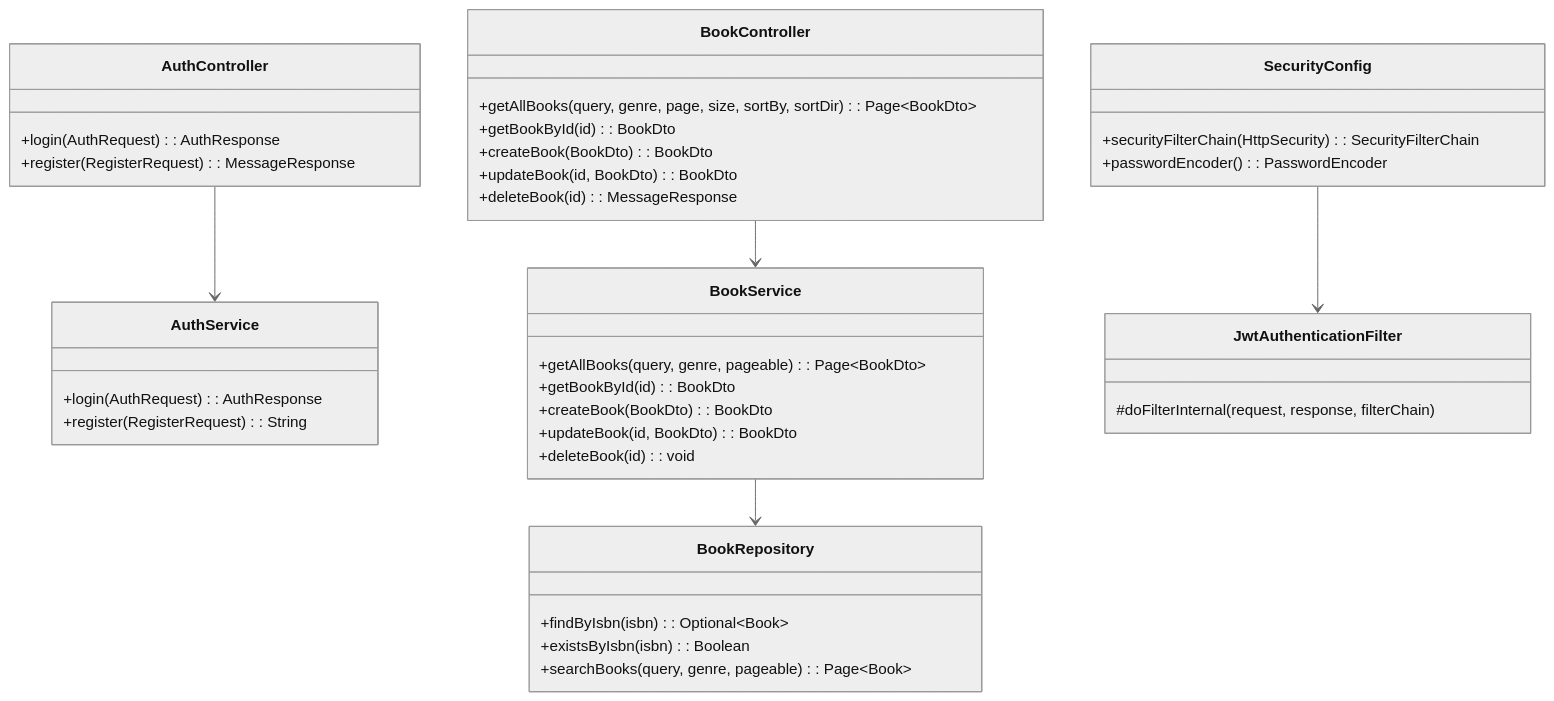
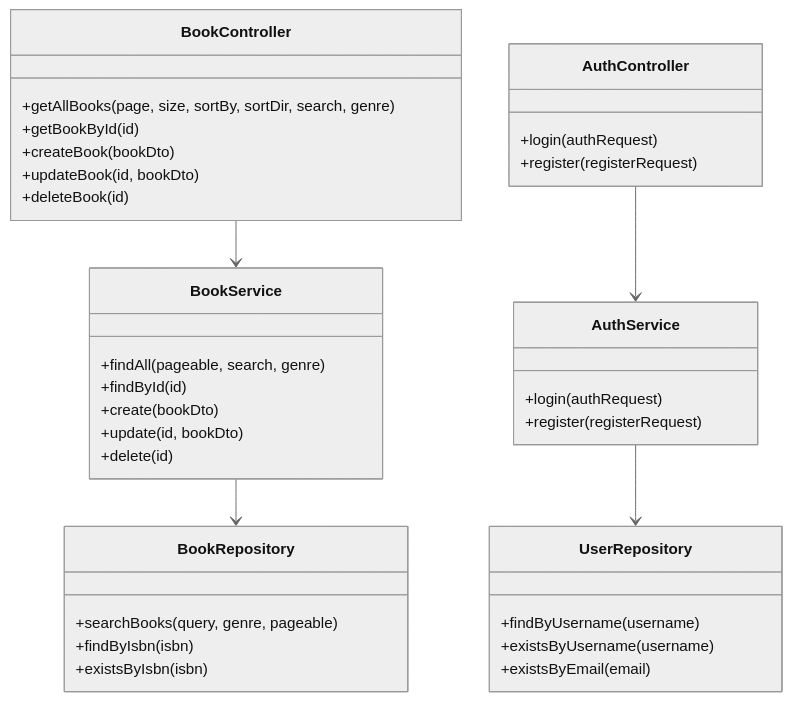
Before and after one commit to syskantechnosoft/bookstore: the third of 5 diagrams in README.md, drawn with Mermaid (neutral theme). The commit also changed other lines of this file, not shown here.

Commit message:
Add Swagger UI testing guide with sample request JSON payloads to README.md

````diff
--- a/README.md
+++ b/README.md
@@ -127,48 +127,45 @@
 ```mermaid
 classDiagram
-    class AuthController {
-        +login(AuthRequest): AuthResponse
-        +register(RegisterRequest): MessageResponse
+    class BookController {
+        +getAllBooks(page, size, sortBy, sortDir, search, genre)
+        +getBookById(id)
+        +createBook(bookDto)
+        +updateBook(id, bookDto)
+        +deleteBook(id)
     }
 
-    class BookController {
-        +getAllBooks(query, genre, page, size, sortBy, sortDir): Page~BookDto~
-        +getBookById(id): BookDto
-        +createBook(BookDto): BookDto
-        +updateBook(id, BookDto): BookDto
-        +deleteBook(id): MessageResponse
+    class AuthController {
+        +login(authRequest)
+        +register(registerRequest)
+    }
+
+    class BookService {
+        +findAll(pageable, search, genre)
+        +findById(id)
+        +create(bookDto)
+        +update(id, bookDto)
+        +delete(id)
     }
 
     class AuthService {
-        +login(AuthRequest): AuthResponse
-        +register(RegisterRequest): String
-    }
-
-    class BookService {
-        +getAllBooks(query, genre, pageable): Page~BookDto~
-        +getBookById(id): BookDto
-        +createBook(BookDto): BookDto
-        +updateBook(id, BookDto): BookDto
-        +deleteBook(id): void
+        +login(authRequest)
+        +register(registerRequest)
     }
 
     class BookRepository {
-        +findByIsbn(isbn): Optional~Book~
-        +existsByIsbn(isbn): Boolean
-        +searchBooks(query, genre, pageable): Page~Book~
+        +searchBooks(query, genre, pageable)
+        +findByIsbn(isbn)
+        +existsByIsbn(isbn)
     }
 
-    class JwtAuthenticationFilter {
-        #doFilterInternal(request, response, filterChain)
+    class UserRepository {
+        +findByUsername(username)
+        +existsByUsername(username)
+        +existsByEmail(email)
     }
 
-    class SecurityConfig {
-        +securityFilterChain(HttpSecurity): SecurityFilterChain
-        +passwordEncoder(): PasswordEncoder
-    }
-
+    BookController --> BookService
     AuthController --> AuthService
-    BookController --> BookService
     BookService --> BookRepository
-    SecurityConfig --> JwtAuthenticationFilter
+    AuthService --> UserRepository
 ```
````
